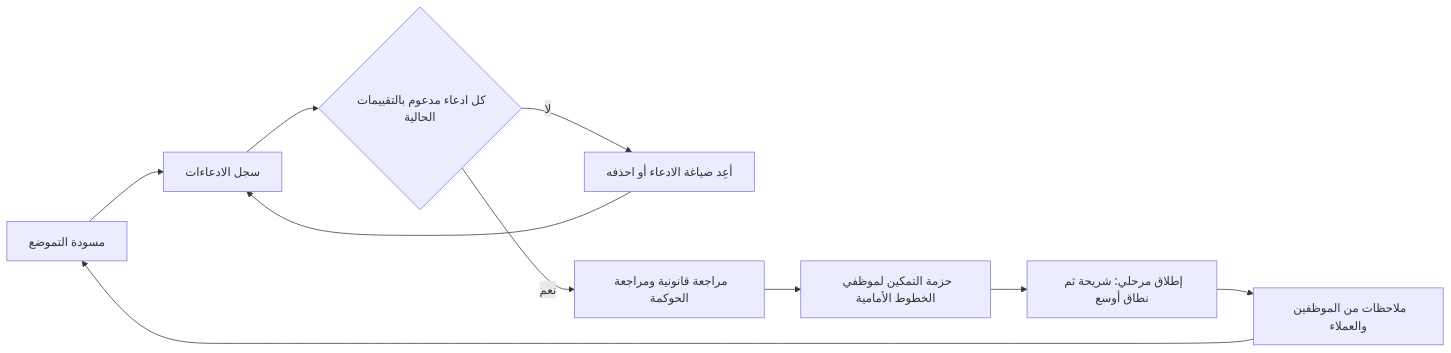
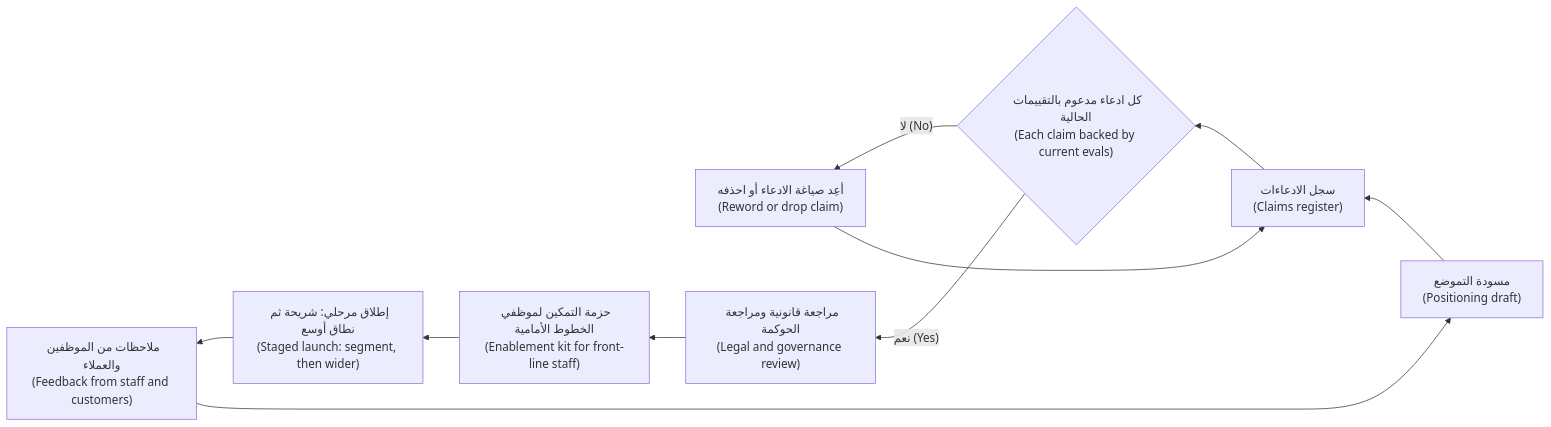
The second of 3 diagrams in aipm/modules/07-launch.ar.md (Tamoura/system-design-for-vibe-coders), drawn with Mermaid before and after one commit. The commit also changed other lines of this file and 9 other files, not shown here.

First line of the commit message:
AI PM course (AR): right-to-left diagrams with English labels

````diff
--- a/aipm/modules/07-launch.ar.md
+++ b/aipm/modules/07-launch.ar.md
@@ -308,12 +308,12 @@
 ```mermaid
-flowchart LR
-    A["مسودة التموضع"] --> B["سجل الادعاءات"]
-    B --> C{"كل ادعاء مدعوم بالتقييمات الحالية"}
-    C -- لا --> D["أعِد صياغة الادعاء أو احذفه"]
+flowchart RL
+    A["مسودة التموضع<br/>(Positioning draft)"] --> B["سجل الادعاءات<br/>(Claims register)"]
+    B --> C{"كل ادعاء مدعوم بالتقييمات الحالية<br/>(Each claim backed by current evals)"}
+    C -- "لا (No)" --> D["أعِد صياغة الادعاء أو احذفه<br/>(Reword or drop claim)"]
     D --> B
-    C -- نعم --> E["مراجعة قانونية ومراجعة الحوكمة"]
-    E --> F["حزمة التمكين لموظفي الخطوط الأمامية"]
-    F --> G["إطلاق مرحلي: شريحة ثم نطاق أوسع"]
-    G --> H["ملاحظات من الموظفين والعملاء"]
+    C -- "نعم (Yes)" --> E["مراجعة قانونية ومراجعة الحوكمة<br/>(Legal and governance review)"]
+    E --> F["حزمة التمكين لموظفي الخطوط الأمامية<br/>(Enablement kit for front-line staff)"]
+    F --> G["إطلاق مرحلي: شريحة ثم نطاق أوسع<br/>(Staged launch: segment, then wider)"]
+    G --> H["ملاحظات من الموظفين والعملاء<br/>(Feedback from staff and customers)"]
     H --> A
 ```
````
